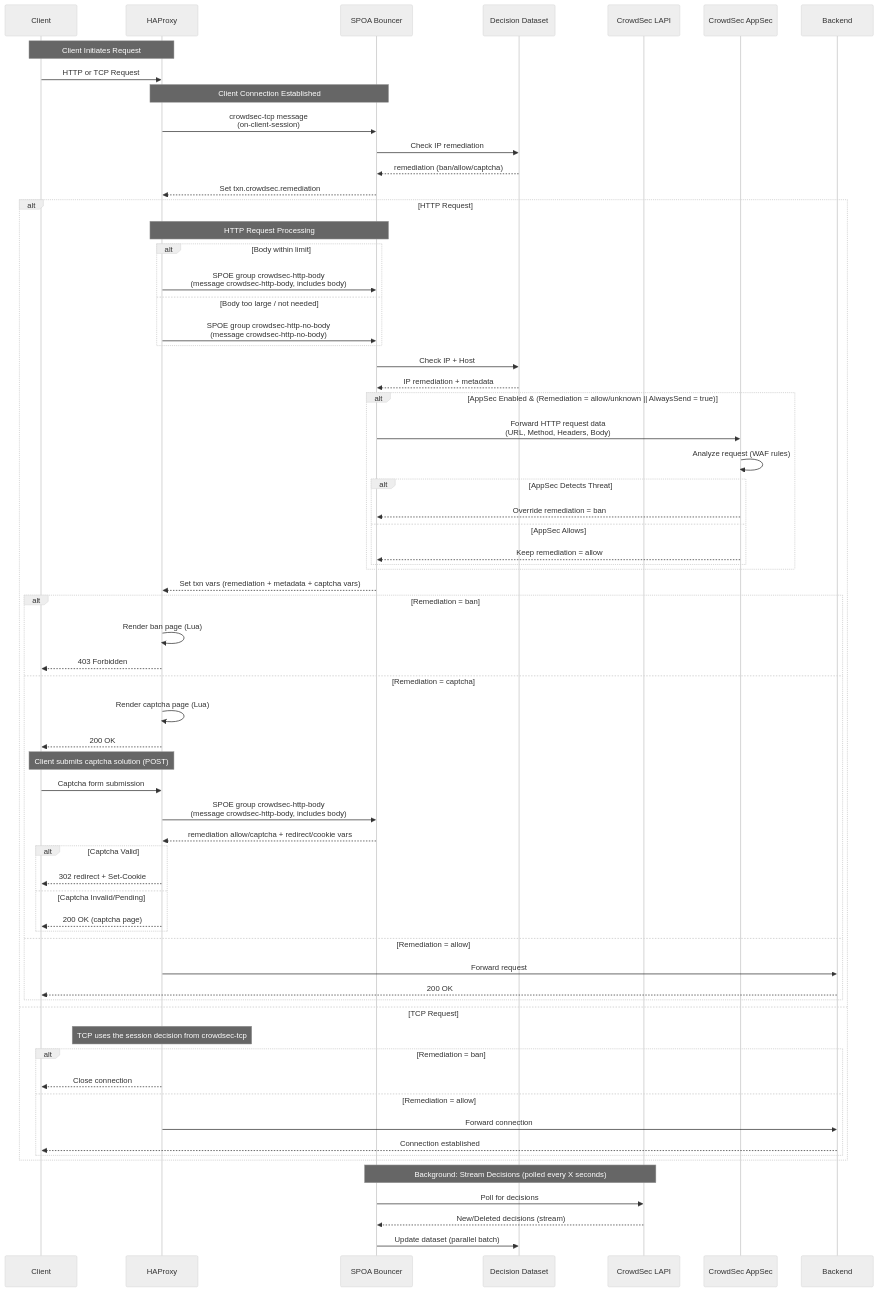
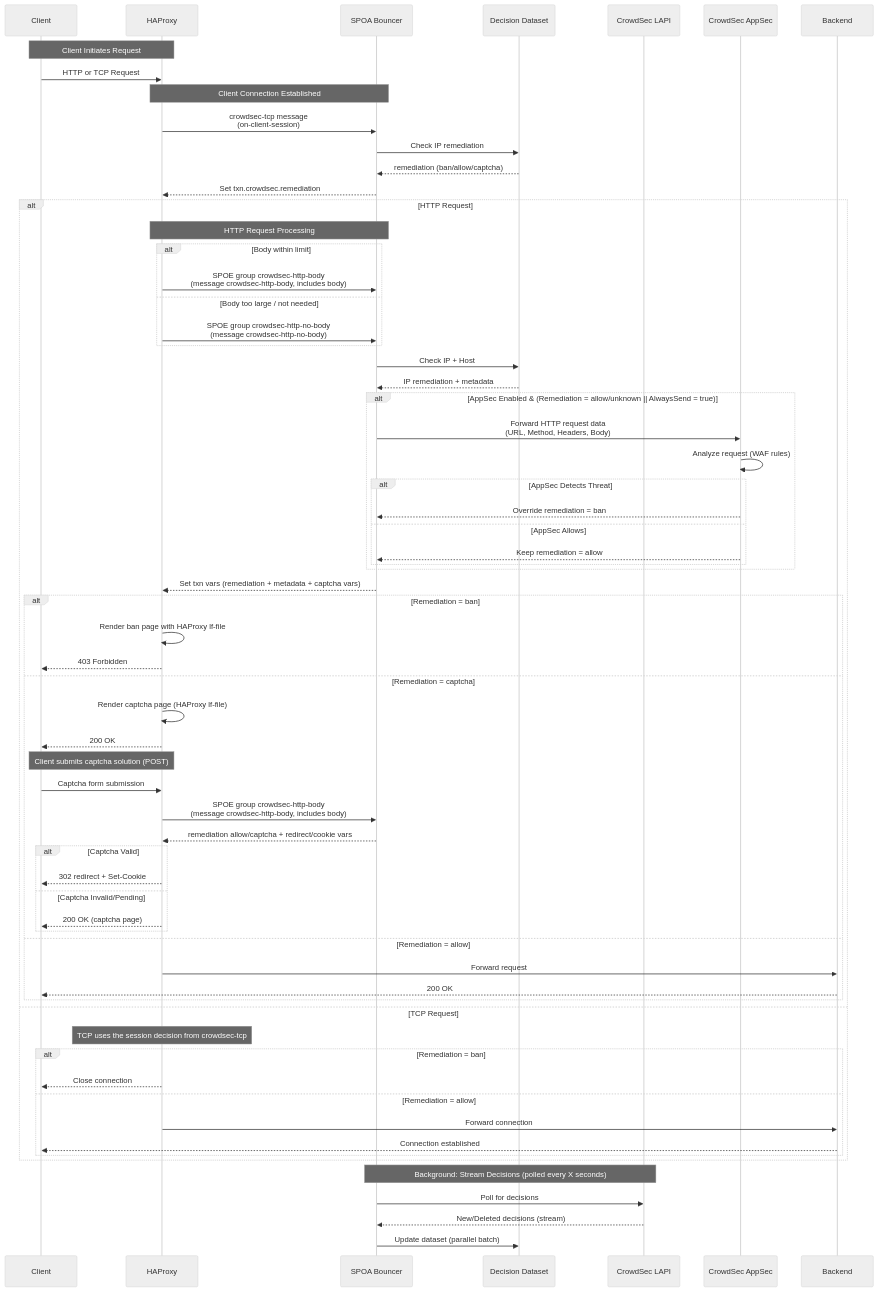
The sixth of 6 diagrams in ARCHITECTURE.md (crowdsecurity/cs-haproxy-spoa-bouncer), drawn with Mermaid (neutral theme) before and after one commit. The commit also changed other lines of this file and 12 other files, not shown here.

First line of the commit message:
Feature/no lua haproxy rendering (#164)

````diff
--- a/ARCHITECTURE.md
+++ b/ARCHITECTURE.md
@@ -164,77 +164,77 @@
 ```mermaid
 sequenceDiagram
     participant Client
     participant HAProxy
     participant SPOA as SPOA Bouncer
     participant Dataset as Decision Dataset
     participant CrowdSec as CrowdSec LAPI
     participant AppSec as CrowdSec AppSec
     participant Backend
 
     Note over Client,HAProxy: Client Initiates Request
     Client->>HAProxy: HTTP or TCP Request
     
     Note over HAProxy,SPOA: Client Connection Established
     HAProxy->>SPOA: crowdsec-tcp message<br/>(on-client-session)
     SPOA->>Dataset: Check IP remediation
     Dataset-->>SPOA: remediation (ban/allow/captcha)
     SPOA-->>HAProxy: Set txn.crowdsec.remediation
     
     alt HTTP Request
         Note over HAProxy,SPOA: HTTP Request Processing
         alt Body within limit
             HAProxy->>SPOA: SPOE group crowdsec-http-body<br/>(message crowdsec-http-body, includes body)
         else Body too large / not needed
             HAProxy->>SPOA: SPOE group crowdsec-http-no-body<br/>(message crowdsec-http-no-body)
         end
         SPOA->>Dataset: Check IP + Host
         Dataset-->>SPOA: IP remediation + metadata
         
         alt AppSec Enabled & (Remediation = allow/unknown || AlwaysSend = true)
             SPOA->>AppSec: Forward HTTP request data<br/>(URL, Method, Headers, Body)
             AppSec->>AppSec: Analyze request (WAF rules)
             alt AppSec Detects Threat
                 AppSec-->>SPOA: Override remediation = ban
             else AppSec Allows
                 AppSec-->>SPOA: Keep remediation = allow
             end
         end
         
         SPOA-->>HAProxy: Set txn vars (remediation + metadata + captcha vars)
         
         alt Remediation = ban
-            HAProxy->>HAProxy: Render ban page (Lua)
+            HAProxy->>HAProxy: Render ban page with HAProxy lf-file
             HAProxy-->>Client: 403 Forbidden
         else Remediation = captcha
-            HAProxy->>HAProxy: Render captcha page (Lua)
+            HAProxy->>HAProxy: Render captcha page (HAProxy lf-file)
             HAProxy-->>Client: 200 OK
 
             Note over Client,HAProxy: Client submits captcha solution (POST)
             Client->>HAProxy: Captcha form submission
             HAProxy->>SPOA: SPOE group crowdsec-http-body<br/>(message crowdsec-http-body, includes body)
             SPOA-->>HAProxy: remediation allow/captcha + redirect/cookie vars
 
             alt Captcha Valid
                 HAProxy-->>Client: 302 redirect + Set-Cookie
             else Captcha Invalid/Pending
                 HAProxy-->>Client: 200 OK (captcha page)
             end
         else Remediation = allow
             HAProxy->>Backend: Forward request
             Backend-->>Client: 200 OK
         end
     else TCP Request
         Note over HAProxy: TCP uses the session decision from crowdsec-tcp
         alt Remediation = ban
             HAProxy-->>Client: Close connection
         else Remediation = allow
             HAProxy->>Backend: Forward connection
             Backend-->>Client: Connection established
         end
     end
     
     Note over SPOA,CrowdSec: Background: Stream Decisions (polled every X seconds)
     SPOA->>CrowdSec: Poll for decisions
     CrowdSec-->>SPOA: New/Deleted decisions (stream)
     SPOA->>Dataset: Update dataset (parallel batch)
 ```
````
